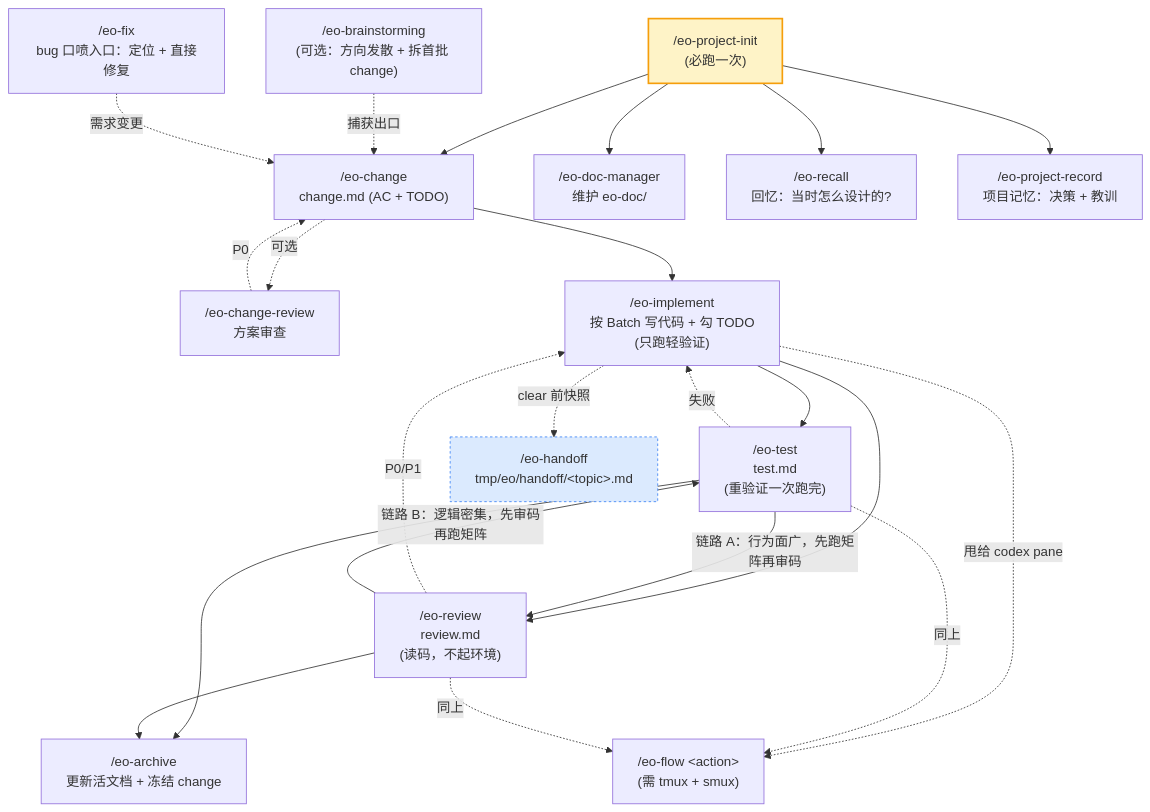
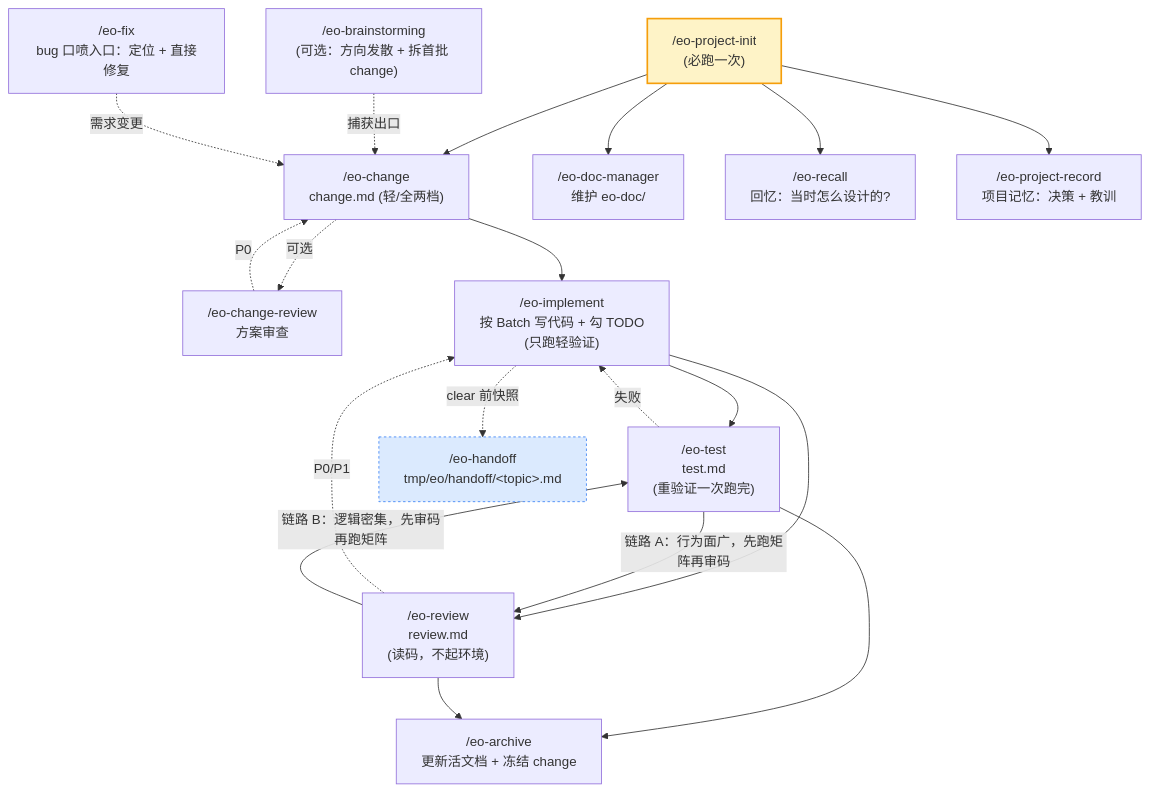
The diagram in README.md (SimpleEve/eo-skills), drawn with Mermaid before and after one commit. The commit also changed other lines of this file and 22 other files, not shown here.

Commit message:
对抗性审查修复轮：P0 全清 + P1 主体 + P2——轻模式收口改五步 finalizer（结算/元数据/显式 doc sync/push-PR/关 issue）、manual 确认留痕、test_lock_commit 复核基线、测试锁定分流表、扩档子流程回 eo-change、判档轴收紧（描述成本降 tie-breaker/多方轴排除复核者）、light 显式 review-test 只读化、勾选双层语义统一、INDEX 档列、同日撞号 tie-breaker、文档旧口径清理；移除 eo-flow（P0-6 随之消解）

````diff
--- a/README.md
+++ b/README.md
@@ -98,31 +95,28 @@
 ```mermaid
 flowchart TD
     Init["/eo-project-init<br/>(必跑一次)"]:::entry --> Change
-    Brain["/eo-brainstorming<br/>(可选：方向发散 + 拆首批 change)"] -.捕获出口.-> Change["/eo-change<br/>change.md (AC + TODO)"]
+    Brain["/eo-brainstorming<br/>(可选：方向发散 + 拆首批 change)"] -.捕获出口.-> Change["/eo-change<br/>change.md (轻/全两档)"]
     Change -.可选.-> CR["/eo-change-review<br/>方案审查"]
     CR -.P0.-> Change
     Change --> Imp["/eo-implement<br/>按 Batch 写代码 + 勾 TODO<br/>(只跑轻验证)"]
     Imp --> Test["/eo-test<br/>test.md<br/>(重验证一次跑完)"]
     Imp --> Rev["/eo-review<br/>review.md<br/>(读码，不起环境)"]
     Test -.失败.-> Imp
     Rev -.P0/P1.-> Imp
     Test -->|链路 A：行为面广，先跑矩阵再审码| Rev
     Rev -->|链路 B：逻辑密集，先审码再跑矩阵| Test
     Test --> Arch["/eo-archive<br/>更新活文档 + 冻结 change"]
     Rev --> Arch
 
     Fix["/eo-fix<br/>bug 口喷入口：定位 + 直接修复"] -.需求变更.-> Change
 
-    Imp -.甩给 codex pane.-> Flow["/eo-flow &lt;action&gt;<br/>(需 tmux + smux)"]
-    Test -.同上.-> Flow
-    Rev -.同上.-> Flow
 
     Init --> Doc["/eo-doc-manager<br/>维护 eo-doc/"]
     Init --> Rec["/eo-recall<br/>回忆：当时怎么设计的?"]
     Init --> PRec["/eo-project-record<br/>项目记忆：决策 + 教训"]
 
     Imp -.clear 前快照.-> Hand["/eo-handoff<br/>tmp/eo/handoff/&lt;topic&gt;.md"]:::cross
 
     classDef entry fill:#fef3c7,stroke:#f59e0b,stroke-width:2px
     classDef cross fill:#dbeafe,stroke:#3b82f6,stroke-dasharray: 3 3
 ```
````
